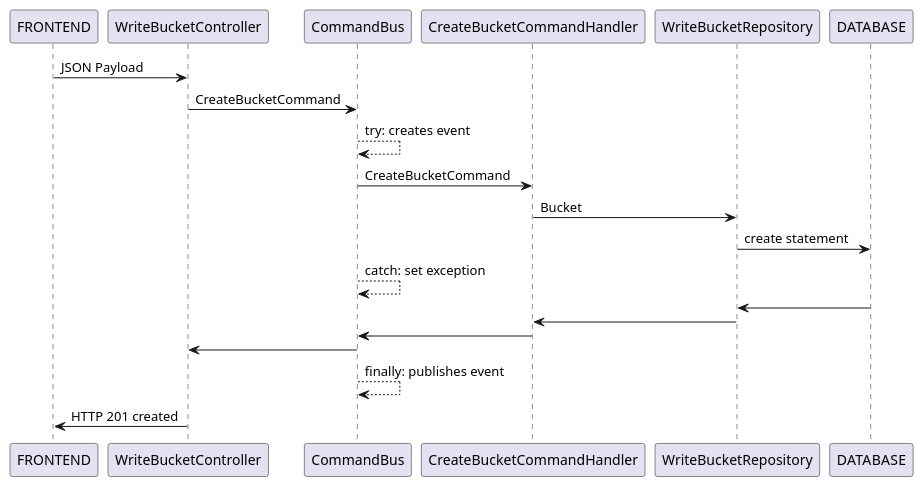
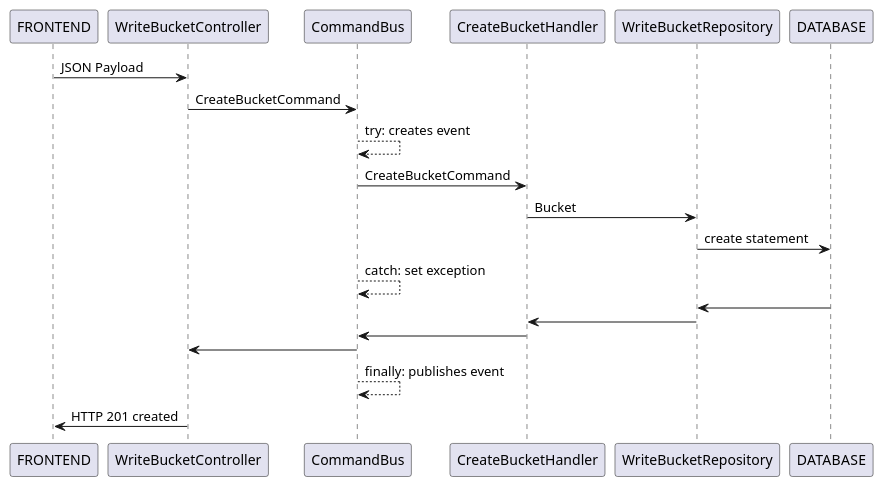
One commit to mariorez/kanban-board changed the diagram in 01-write-create-bucket-seq.puml. Above: the diagram before and after it, drawn with PlantUML. The commit also changed 2 other files, not shown here.

```diff
--- a/01-write-create-bucket-seq.puml
+++ b/01-write-create-bucket-seq.puml
@@ -1,15 +1,15 @@
 @startuml
 FRONTEND -> WriteBucketController: JSON Payload
 WriteBucketController -> CommandBus: CreateBucketCommand
 CommandBus --> CommandBus: try: creates event
-CommandBus -> CreateBucketCommandHandler: CreateBucketCommand
-CreateBucketCommandHandler -> WriteBucketRepository: Bucket
+CommandBus -> CreateBucketHandler: CreateBucketCommand
+CreateBucketHandler -> WriteBucketRepository: Bucket
 WriteBucketRepository -> DATABASE: create statement
 CommandBus --> CommandBus: catch: set exception
 DATABASE -> WriteBucketRepository
-WriteBucketRepository -> CreateBucketCommandHandler
-CreateBucketCommandHandler -> CommandBus
+WriteBucketRepository -> CreateBucketHandler
+CreateBucketHandler -> CommandBus
 CommandBus -> WriteBucketController
 CommandBus --> CommandBus: finally: publishes event
 WriteBucketController -> FRONTEND: HTTP 201 created
 @enduml
```
